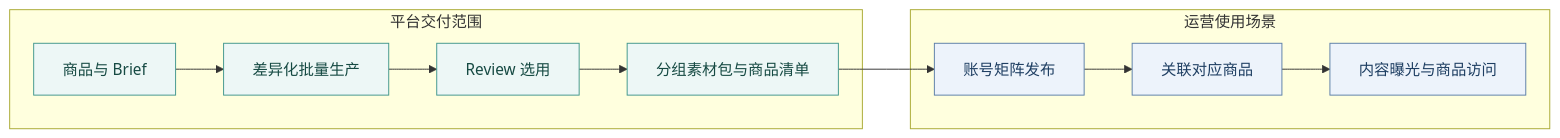
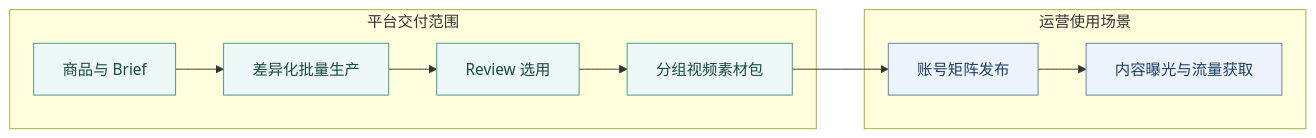
The second of 4 diagrams in # AI UGC 视频智能生产平台建设方案.md (UllrAI/VibeSKU-Clips), drawn with Mermaid before and after one commit. The commit also changed other lines of this file, not shown here.

````diff
--- a/# AI UGC 视频智能生产平台建设方案.md
+++ b/# AI UGC 视频智能生产平台建设方案.md
@@ -73,17 +73,16 @@
 ```mermaid
 flowchart LR
     subgraph P[平台交付范围]
         A[商品与 Brief] --> B[差异化批量生产]
         B --> C[Review 选用]
-        C --> D[分组素材包与商品清单]
+        C --> D[分组视频素材包]
     end
     subgraph O[运营使用场景]
-        E[账号矩阵发布] --> F[关联对应商品]
-        F --> G[内容曝光与商品访问]
+        E[账号矩阵发布] --> G[内容曝光与流量获取]
     end
     D --> E
     classDef product fill:#EDF7F6,stroke:#42978D,color:#164A43;
     classDef business fill:#EDF3FB,stroke:#5C7FA9,color:#1E3E62;
     class A,B,C,D product;
-    class E,F,G business;
+    class E,G business;
 ```
````
